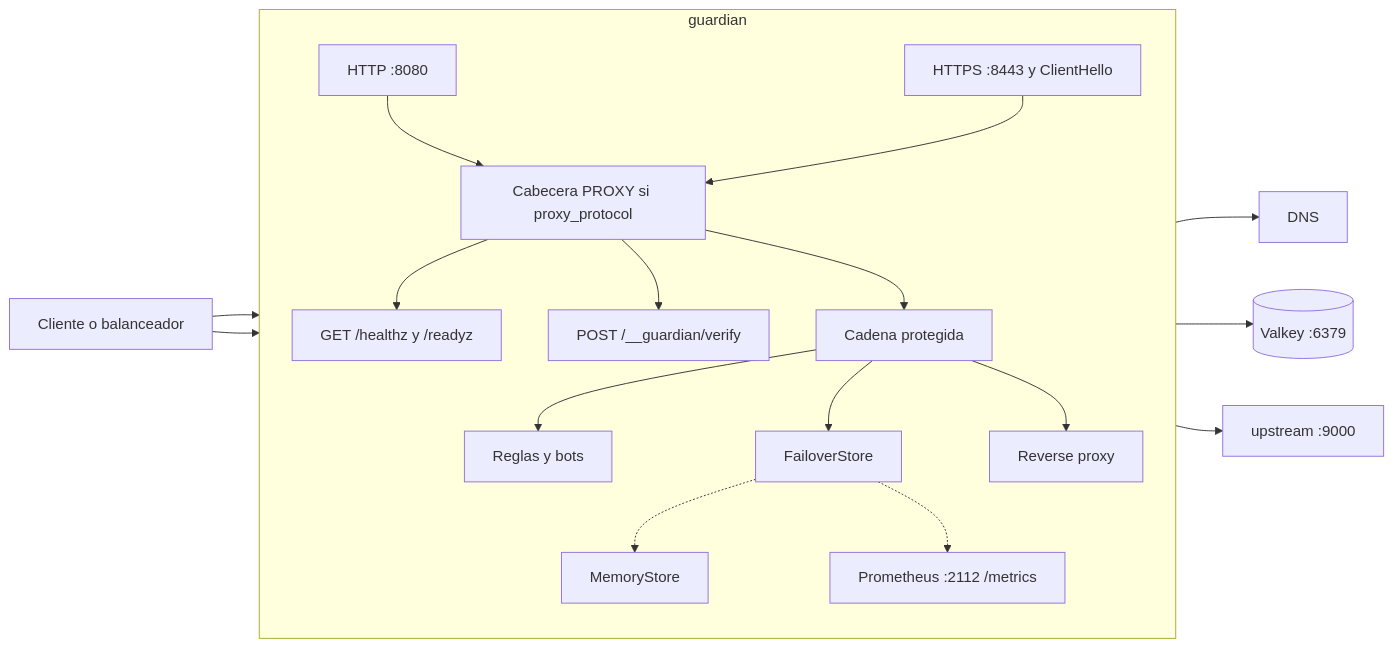
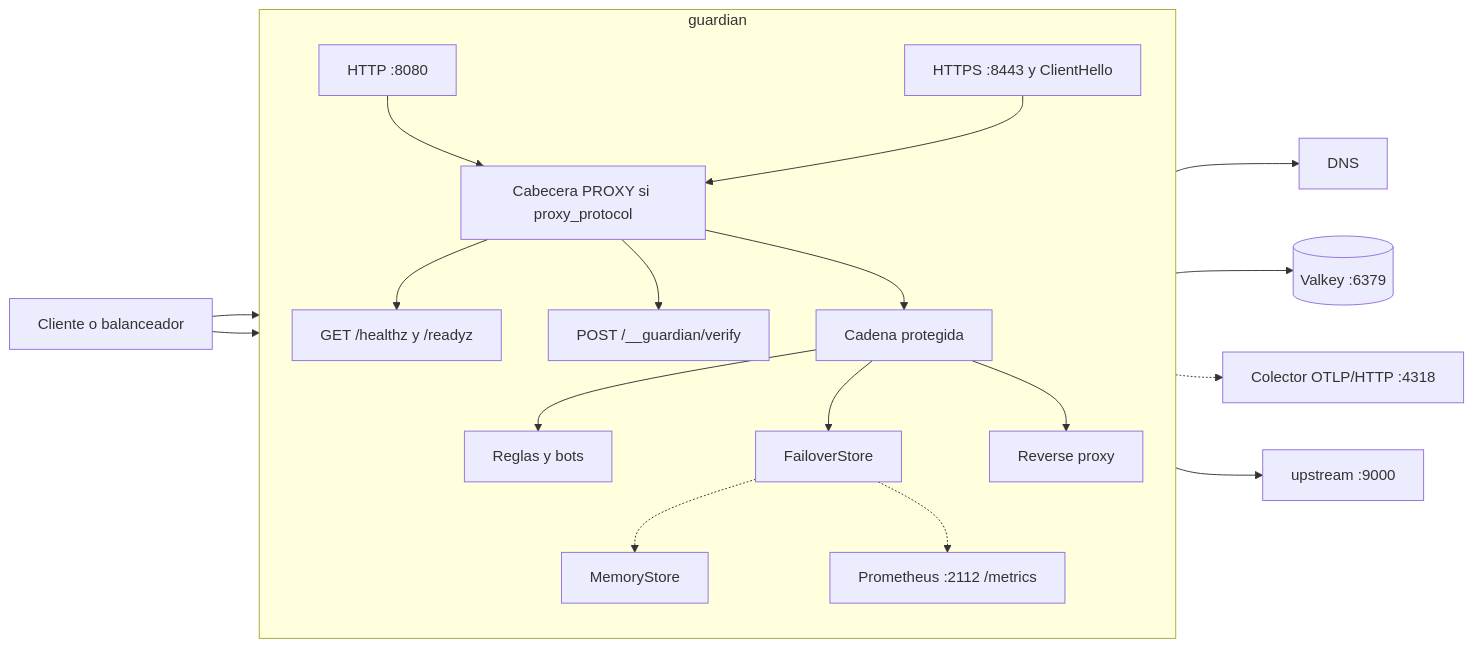
The first of 9 diagrams in README.md (fharias/guardian-scrapy), drawn with Mermaid before and after one commit. The commit also changed other lines of this file, not shown here.

Commit message:
Update README to include tracing enhancements and OTLP integration

````diff
--- a/README.md
+++ b/README.md
@@ -13,39 +13,41 @@
 ```mermaid
 flowchart LR
   cliente[Cliente o balanceador]
 
   subgraph proxy [guardian]
     direction TB
     listener["HTTP :8080"]
     tls["HTTPS :8443 y ClientHello"]
     pp["Cabecera PROXY si proxy_protocol"]
     salud["GET /healthz y /readyz"]
     verify["POST /__guardian/verify"]
     cadena[Cadena protegida]
     reglas[Reglas y bots]
     reverso["Reverse proxy"]
     failover[FailoverStore]
     memoria[MemoryStore]
     metricas["Prometheus :2112 /metrics"]
   end
 
   valkey[("Valkey :6379")]
   dns[DNS]
   origen["upstream :9000"]
+  colector["Colector OTLP/HTTP :4318"]
 
   cliente --> listener
   cliente --> tls
   listener --> pp
   tls --> pp
   pp --> salud
   pp --> verify
   pp --> cadena
   cadena --> reglas
   reglas --> dns
   cadena --> failover
   cadena --> reverso
   failover --> valkey
   failover -.-> memoria
   failover -.-> metricas
+  cadena -.-> colector
   reverso --> origen
 ```
````
